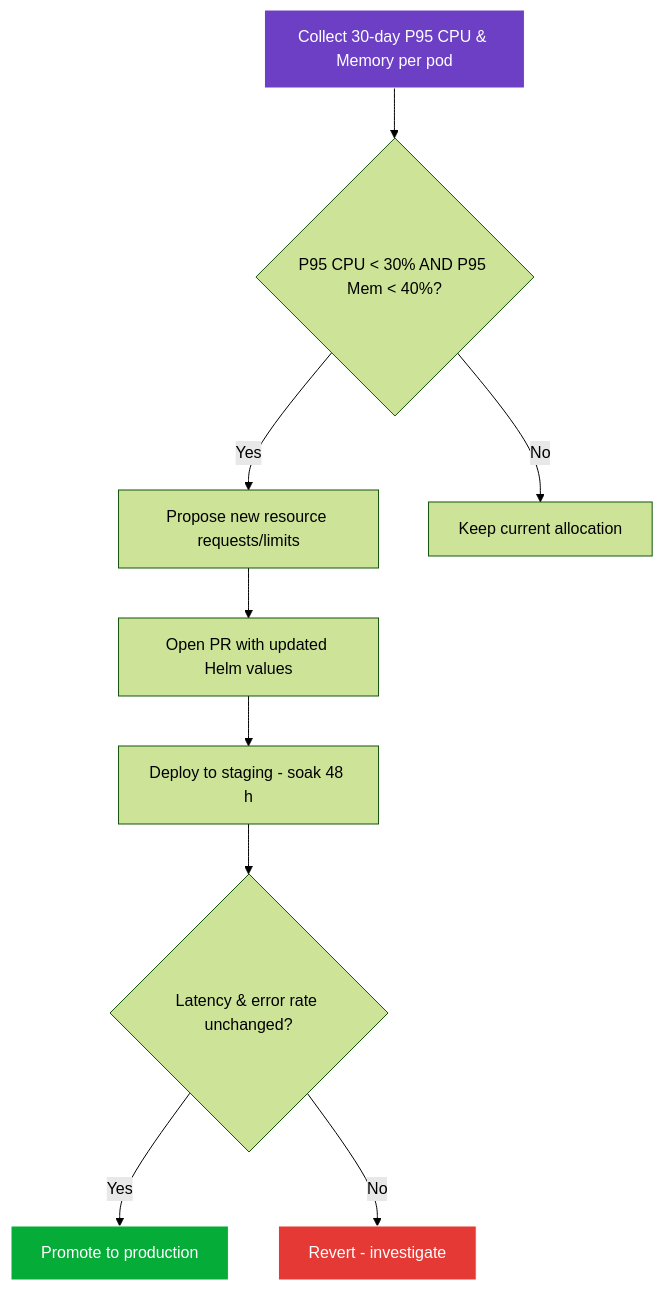
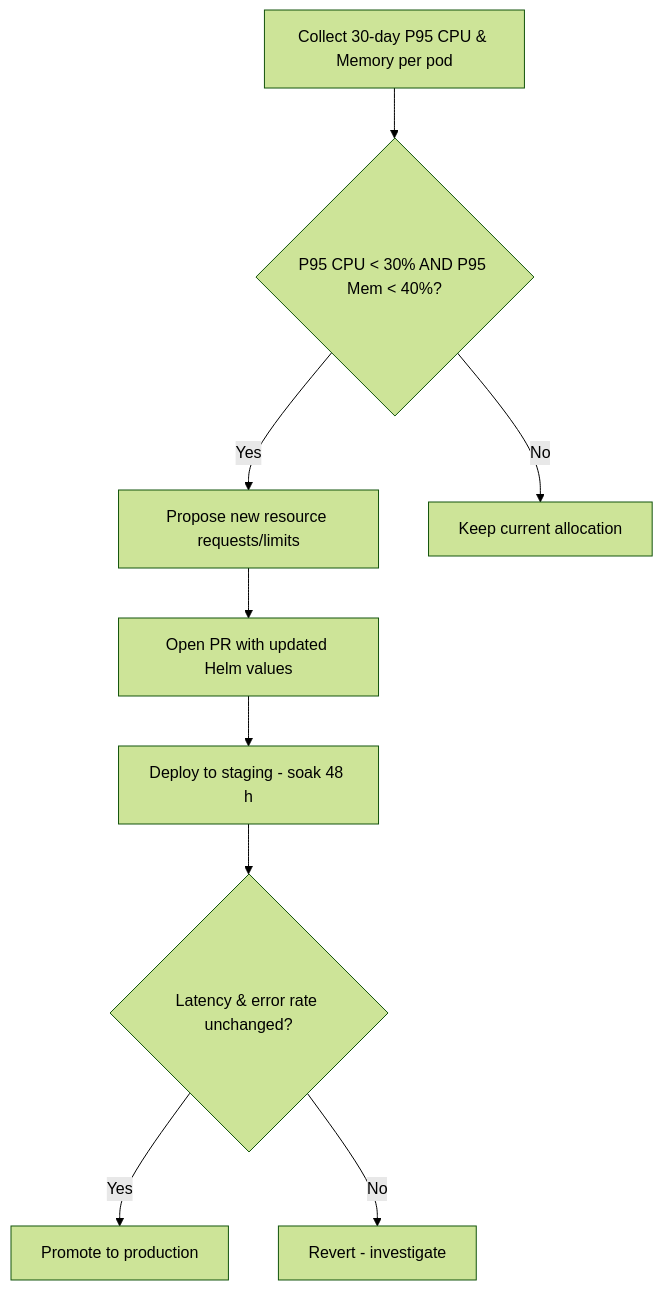
One commit to rishikeshdhokare/platform-manifesto changed the third of 3 diagrams in 04-infrastructure-and-cloud/05-finops.md. Above: the diagram before and after it, drawn with Mermaid (forest theme). The commit also changed other lines of this file and 14 other files, not shown here.

First line of the commit message:
fix: remove mermaid style directives (119 lines across 15 files)

````diff
--- a/04-infrastructure-and-cloud/05-finops.md
+++ b/04-infrastructure-and-cloud/05-finops.md
@@ -161,15 +155,12 @@
 ```mermaid
 flowchart TD
     A[Collect 30-day P95 CPU & Memory per pod] --> B{P95 CPU < 30% AND P95 Mem < 40%?}
     B -->|Yes| C[Propose new resource requests/limits]
     B -->|No| D[Keep current allocation]
     C --> E[Open PR with updated Helm values]
     E --> F[Deploy to staging - soak 48 h]
     F --> G{Latency & error rate unchanged?}
     G -->|Yes| H[Promote to production]
     G -->|No| I[Revert - investigate]
 
-    style A fill:#6C3FC5,stroke:#fff,color:#fff
-    style H fill:#06AC38,stroke:#fff,color:#fff
-    style I fill:#E53935,stroke:#fff,color:#fff
 ```
````
